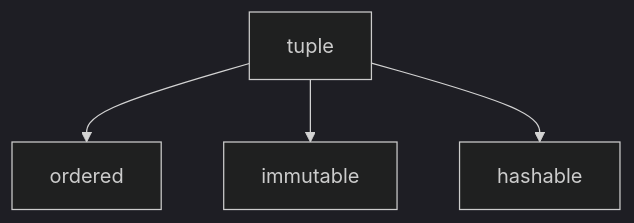
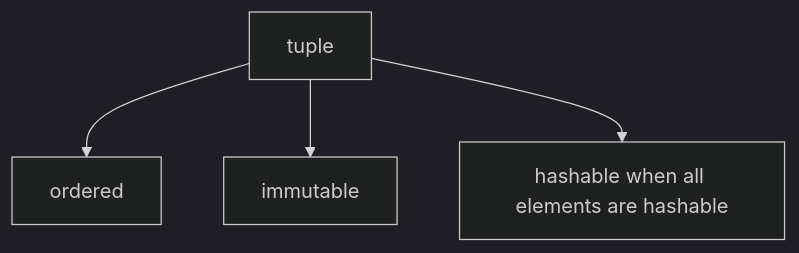
One commit to Annyeong-One/yonsei_mat2014_textbook changed the diagram in docs/ch01/composite_data_types/tuples.md. Above: the diagram before and after it, drawn with Mermaid (dark theme). The commit also changed other lines of this file and 1088 other files, not shown here.

````diff
--- a/docs/ch01/composite_data_types/tuples.md
+++ b/docs/ch01/composite_data_types/tuples.md
@@ -8,7 +8,7 @@
 ```mermaid
 flowchart TD
     A[tuple]
     A --> B[ordered]
     A --> C[immutable]
-    A --> D[hashable]
+    A --> D[hashable when all elements are hashable]
 ```
````
